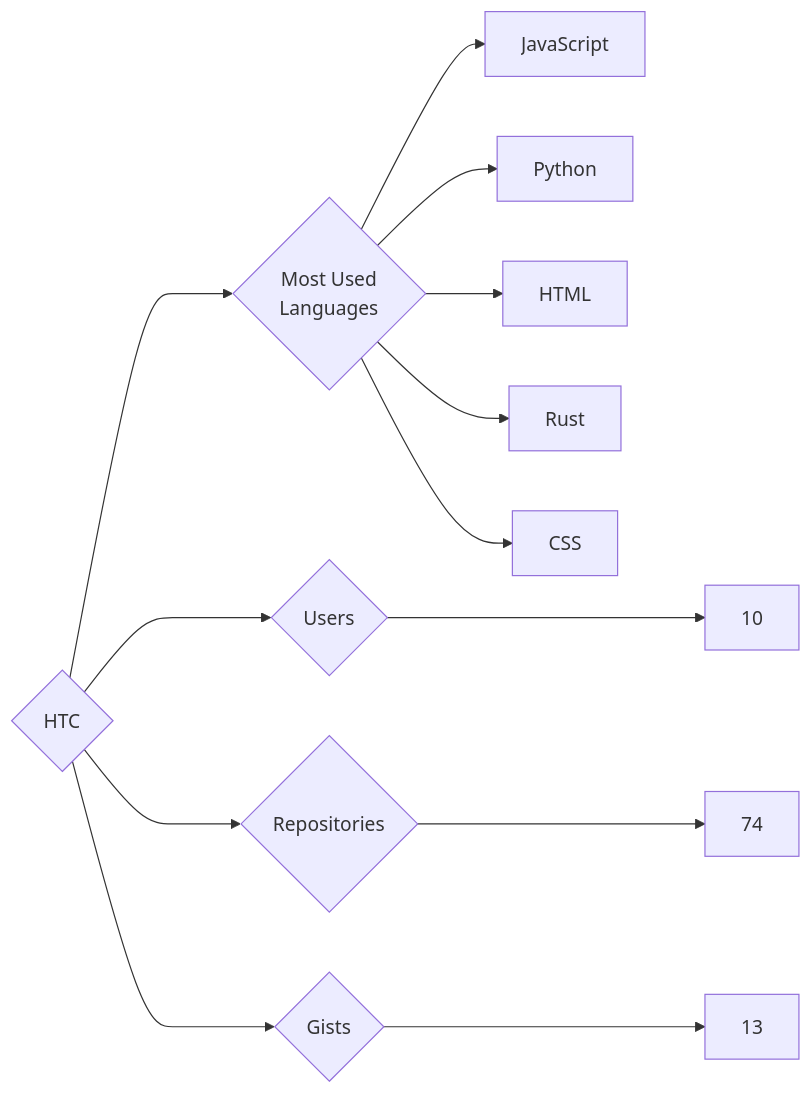
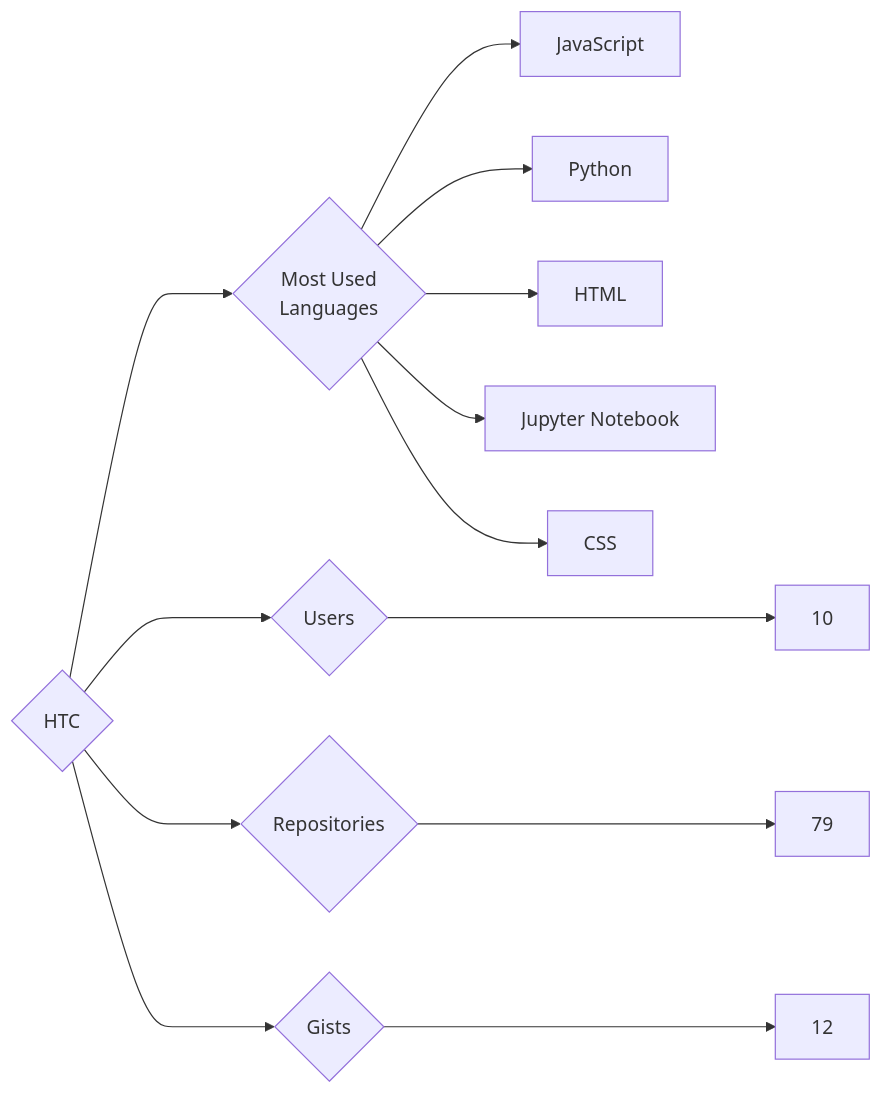
Before and after one commit to trickest/insiders: the diagram in targets/HTC/README.md, drawn with Mermaid. The commit also changed 942 other files, not shown here.

````diff
--- a/targets/HTC/README.md
+++ b/targets/HTC/README.md
@@ -3,13 +3,13 @@
 ```mermaid
 graph LR
 COMPANY_NAME{HTC}
 COMPANY_NAME ---> U{Users} ---> UN[10]
-COMPANY_NAME ---> R{Repositories} ---> RN[74]
-COMPANY_NAME ---> G{Gists} ---> GN[13]
+COMPANY_NAME ---> R{Repositories} ---> RN[79]
+COMPANY_NAME ---> G{Gists} ---> GN[12]
 COMPANY_NAME ---> ML{Most Used<br>Languages}
 ML --> JavaScript[JavaScript]
 ML --> Python[Python]
 ML --> HTML[HTML]
-ML --> Rust[Rust]
+ML --> Jupyter_Notebook[Jupyter Notebook]
 ML --> CSS[CSS]
 ```
````
